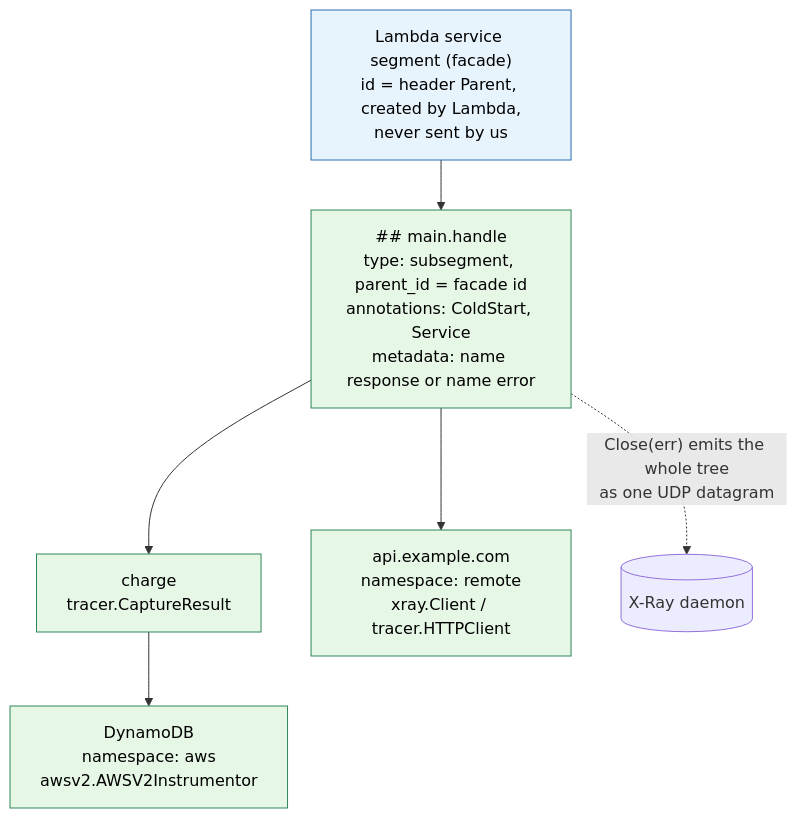
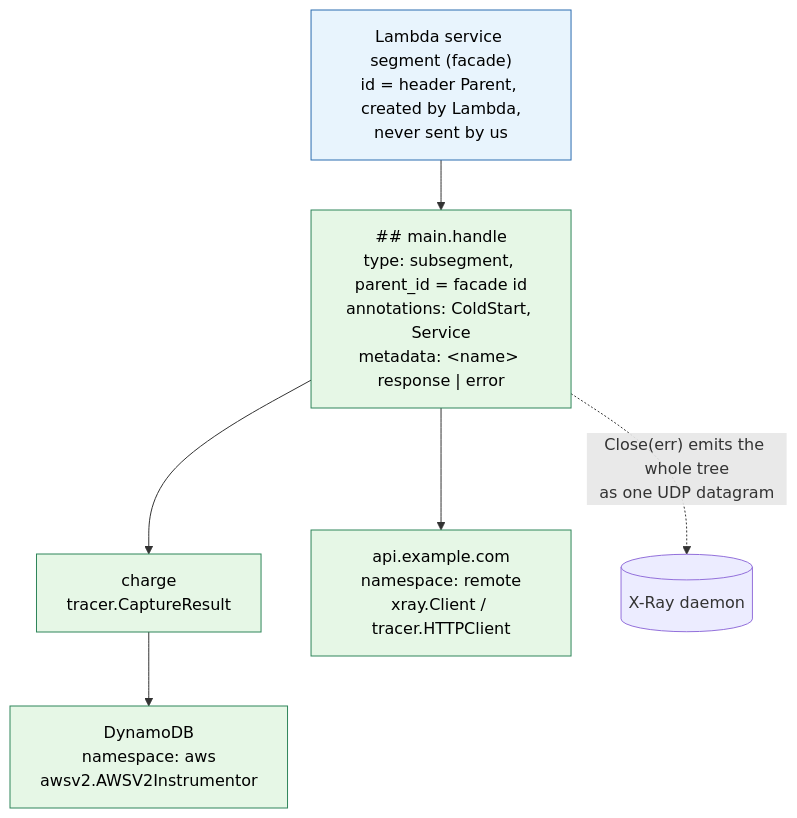
One commit to christiangda/powertools-lambda-go-plan changed the first of 3 diagrams in 04-tracer.md. Above: the diagram before and after it, drawn with Mermaid. The commit also changed other lines of this file and 8 other files, not shown here.

````diff
--- a/04-tracer.md
+++ b/04-tracer.md
@@ -41,17 +41,17 @@
 ```mermaid
 flowchart TB
   facade["Lambda service segment (facade)<br/>id = header Parent, created by Lambda,<br/>never sent by us"]
-  h["## main.handle<br/>type: subsegment, parent_id = facade id<br/>annotations: ColdStart, Service<br/>metadata: name response or name error"]
+  h["## main.handle<br/>type: subsegment, parent_id = facade id<br/>annotations: ColdStart, Service<br/>metadata: &lt;name&gt; response | error"]
   c["charge<br/>tracer.CaptureResult"]
   ddb["DynamoDB<br/>namespace: aws<br/>awsv2.AWSV2Instrumentor"]
   api["api.example.com<br/>namespace: remote<br/>xray.Client / tracer.HTTPClient"]
   facade --> h
   h --> c
   c --> ddb
   h --> api
   h -. Close(err) emits the whole tree<br/>as one UDP datagram .-> daemon[("X-Ray daemon")]
   classDef lambda fill:#e8f4fd,stroke:#2b6cb0,color:#000;
   classDef ours fill:#e6f7e6,stroke:#2f855a,color:#000;
   class facade lambda;
   class h,c,ddb,api ours;
 ```
````
